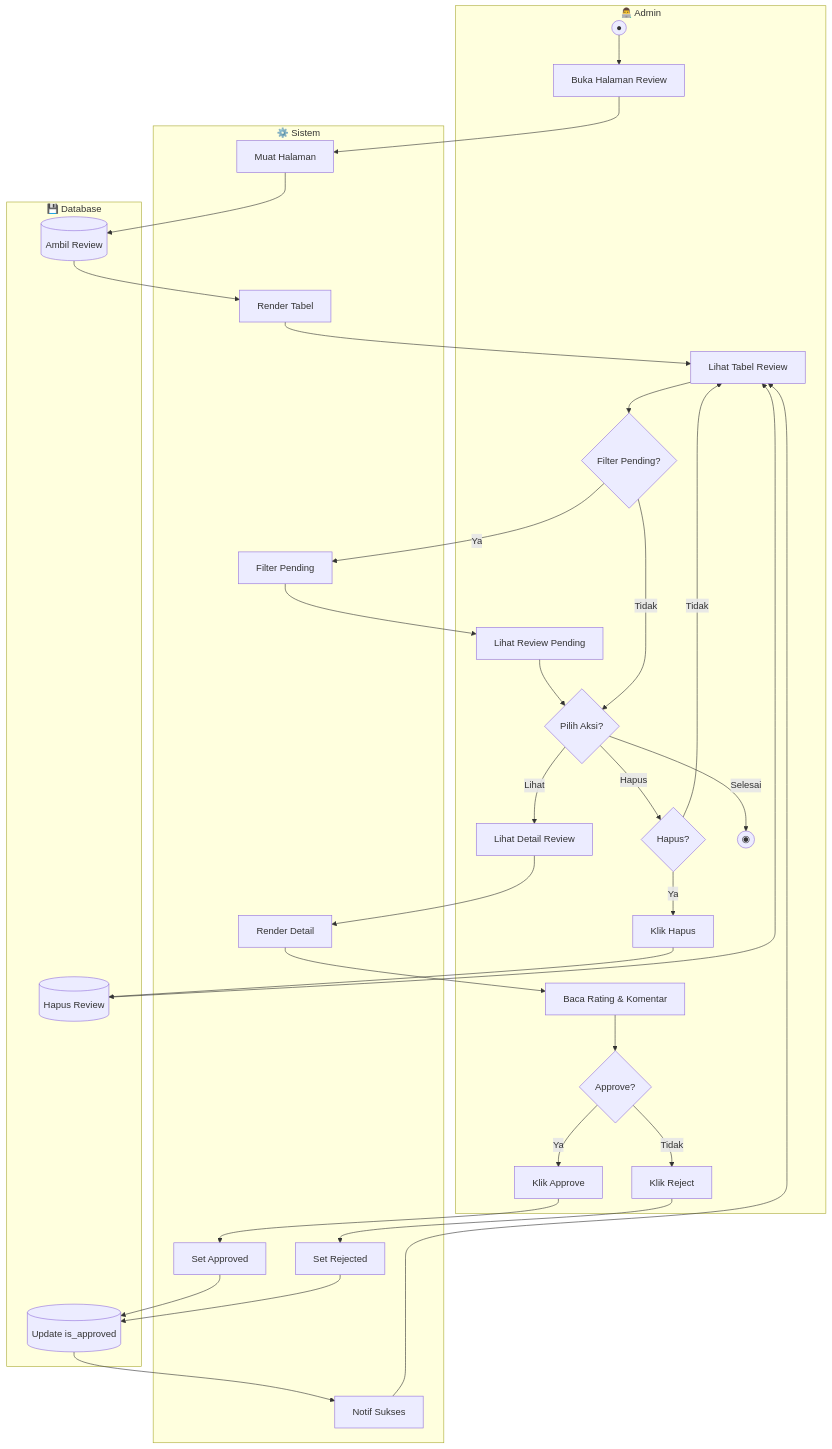
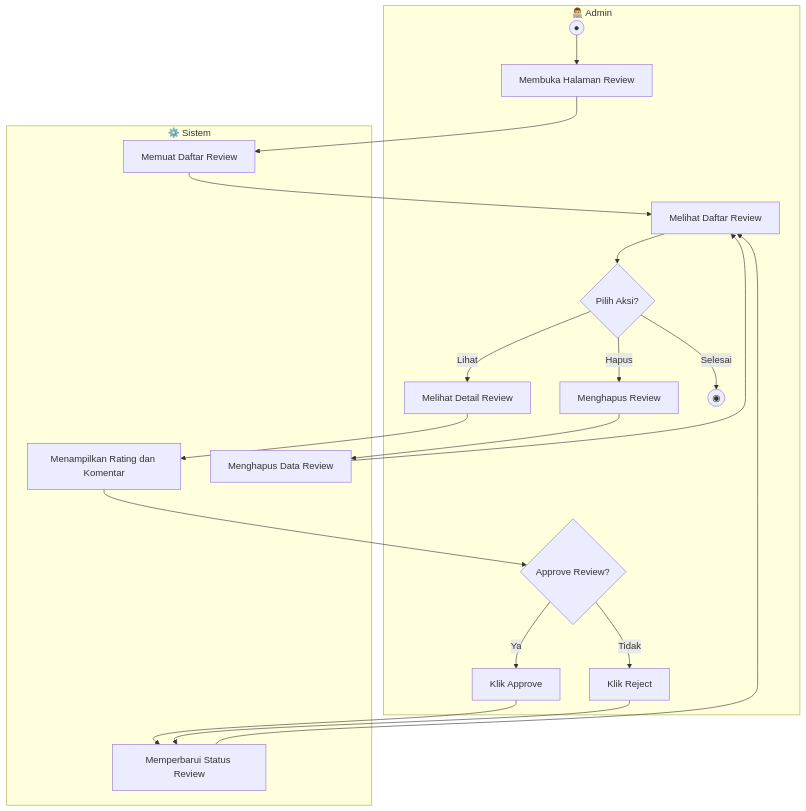
One commit to mustarisyahding07-spec/WEBSITE_SKRIPSI_MUSTARI changed diagram 16 of 17 in docs/ACTIVITY_DIAGRAMS.md. Above: the diagram before and after it, drawn with Mermaid. The commit also changed other lines of this file, not shown here.

Commit message:
docs: simplify activity diagrams and add academic explanations

````diff
--- a/docs/ACTIVITY_DIAGRAMS.md
+++ b/docs/ACTIVITY_DIAGRAMS.md
@@ -993,64 +739,39 @@
 ```mermaid
 flowchart TD
     subgraph Admin["👨‍💻 Admin"]
         A1((●))
-        A2[Buka Halaman Review]
-        A3[Lihat Tabel Review]
-        A4{Filter Pending?}
-        A5[Lihat Review Pending]
-        A6{Pilih Aksi?}
-        A7[Lihat Detail Review]
-        A8[Baca Rating & Komentar]
-        A9{Approve?}
-        A10[Klik Approve]
-        A11[Klik Reject]
-        A12{Hapus?}
-        A13[Klik Hapus]
-        A14((◉))
+        A2[Membuka Halaman Review]
+        A3[Melihat Daftar Review]
+        A4{Pilih Aksi?}
+        A5[Melihat Detail Review]
+        A6{Approve Review?}
+        A7[Klik Approve]
+        A8[Klik Reject]
+        A9[Menghapus Review]
+        A10((◉))
     end
-    
+
     subgraph Sistem["⚙️ Sistem"]
-        S1[Muat Halaman]
-        S2[Render Tabel]
-        S3[Filter Pending]
-        S4[Render Detail]
-        S5[Set Approved]
-        S6[Set Rejected]
-        S7[Notif Sukses]
+        S1[Memuat Daftar Review]
+        S2[Menampilkan Rating dan Komentar]
+        S3[Memperbarui Status Review]
+        S4[Menghapus Data Review]
     end
-    
-    subgraph Database["💾 Database"]
-        D1[(Ambil Review)]
-        D2[(Update is_approved)]
-        D3[(Hapus Review)]
-    end
-    
+
     A1 --> A2
     A2 --> S1
-    S1 --> D1
-    D1 --> S2
-    S2 --> A3
+    S1 --> A3
     A3 --> A4
-    A4 -->|Ya| S3
-    S3 --> A5
-    A5 --> A6
-    A4 -->|Tidak| A6
-    A6 -->|Lihat| A7
-    A7 --> S4
-    S4 --> A8
-    A8 --> A9
-    A9 -->|Ya| A10
-    A10 --> S5
-    S5 --> D2
-    D2 --> S7
-    S7 --> A3
-    A9 -->|Tidak| A11
-    A11 --> S6
-    S6 --> D2
-    A6 -->|Hapus| A12
-    A12 -->|Ya| A13
-    A13 --> D3
-    D3 --> A3
-    A12 -->|Tidak| A3
-    A6 -->|Selesai| A14
+    A4 -->|Lihat| A5
+    A5 --> S2
+    S2 --> A6
+    A6 -->|Ya| A7
+    A7 --> S3
+    S3 --> A3
+    A6 -->|Tidak| A8
+    A8 --> S3
+    A4 -->|Hapus| A9
+    A9 --> S4
+    S4 --> A3
+    A4 -->|Selesai| A10
 ```
````
